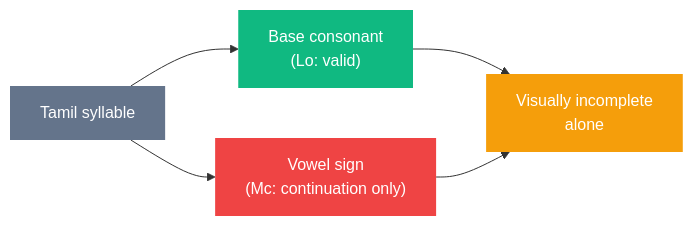
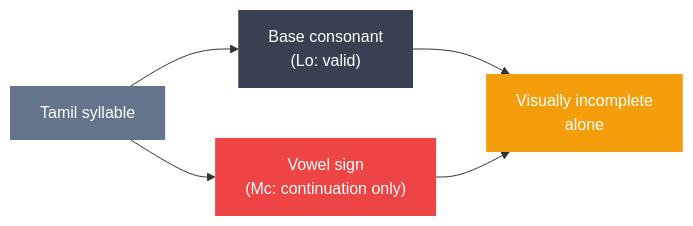
The second of 2 diagrams in content/writing/go-utf8-identifier-limitation.md (ashwingopalsamy/site), drawn with Mermaid before and after one commit. The commit also changed other lines of this file and 26 other files, not shown here.

```diff
--- a/content/writing/go-utf8-identifier-limitation.md
+++ b/content/writing/go-utf8-identifier-limitation.md
@@ -118,12 +118,12 @@
 {{< mermaid >}}
 graph LR
     A["Tamil syllable"] --> B["Base consonant\n(Lo: valid)"]
     A --> C["Vowel sign\n(Mc: continuation only)"]
     B --> D["Visually incomplete\nalone"]
     C --> D
 
     style A fill:#64748b,color:#fff,stroke:none
-    style B fill:#10b981,color:#fff,stroke:none
+    style B fill:#374151,color:#fff,stroke:none
     style C fill:#ef4444,color:#fff,stroke:none
     style D fill:#f59e0b,color:#fff,stroke:none
 {{< /mermaid >}}
```
